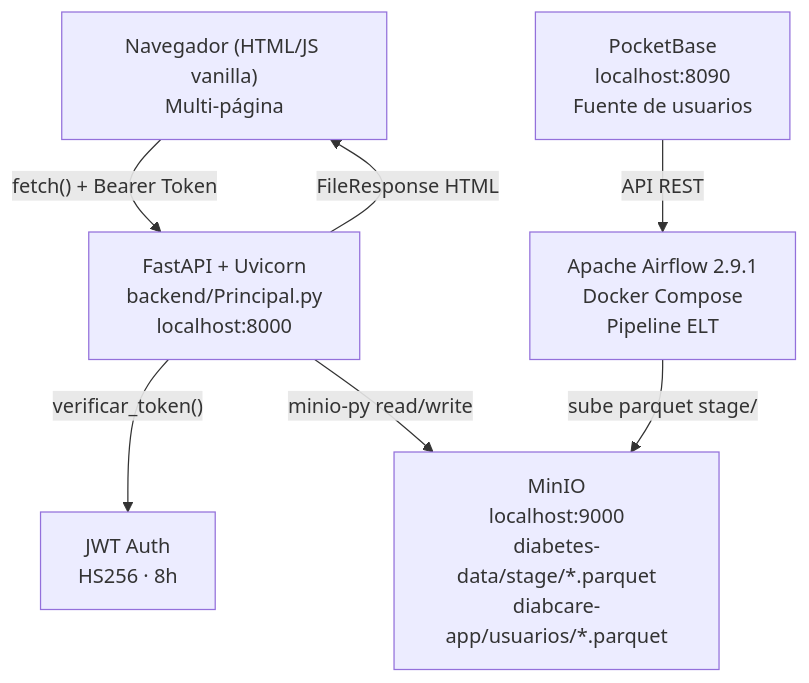
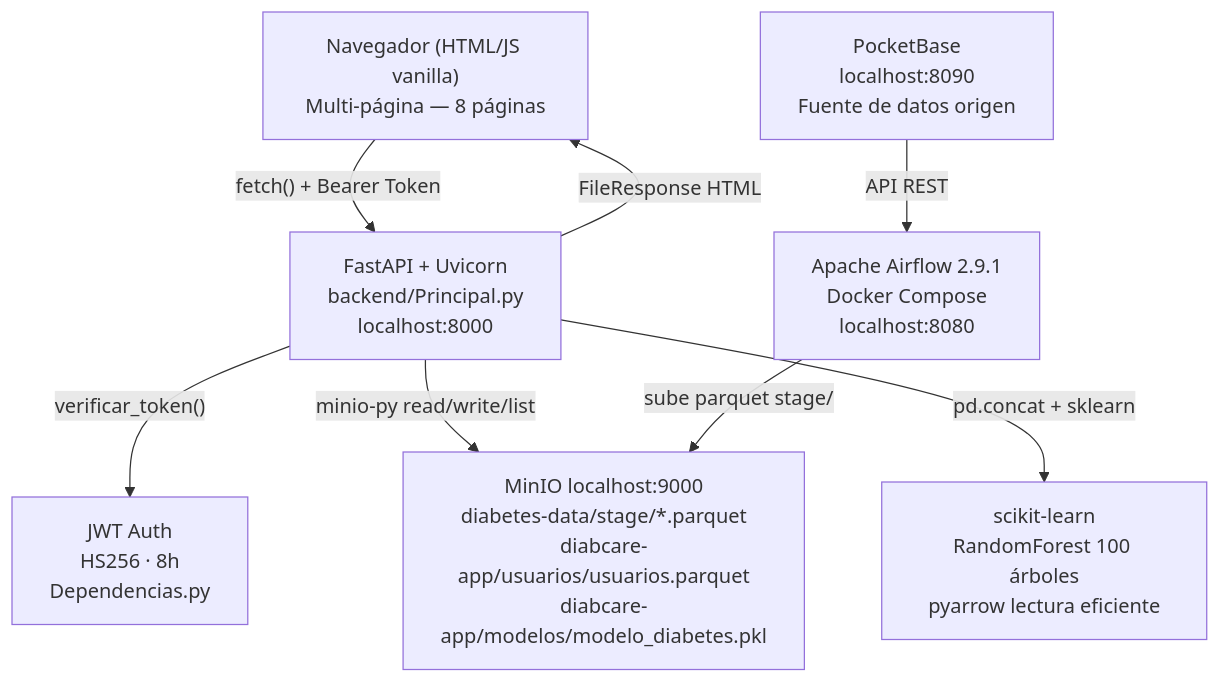
Before and after one commit to Danxxx777/diabcare: the diagram in .kiro/specs/diabcare-analytics/design.md, drawn with Mermaid. The commit also changed other lines of this file and 2 other files, not shown here.

Commit message:
docs: actualizar specs kiro con prediccion ML, pipeline ETL y roles sidebar

````diff
--- a/.kiro/specs/diabcare-analytics/design.md
+++ b/.kiro/specs/diabcare-analytics/design.md
@@ -16,16 +16,18 @@
 ```mermaid
 graph TD
-    Browser["Navegador (HTML/JS vanilla)\nMulti-página"]
+    Browser["Navegador (HTML/JS vanilla)\nMulti-página — 8 páginas"]
     FastAPI["FastAPI + Uvicorn\nbackend/Principal.py\nlocalhost:8000"]
-    JWT["JWT Auth\nHS256 · 8h"]
-    MinIO["MinIO\nlocalhost:9000\ndiabetes-data/stage/*.parquet\ndiabcare-app/usuarios/*.parquet"]
-    PocketBase["PocketBase\nlocalhost:8090\nFuente de usuarios"]
-    Airflow["Apache Airflow 2.9.1\nDocker Compose\nPipeline ELT"]
+    JWT["JWT Auth\nHS256 · 8h\nDependencias.py"]
+    MinIO["MinIO localhost:9000\ndiabetes-data/stage/*.parquet\ndiabcare-app/usuarios/usuarios.parquet\ndiabcare-app/modelos/modelo_diabetes.pkl"]
+    PocketBase["PocketBase\nlocalhost:8090\nFuente de datos origen"]
+    Airflow["Apache Airflow 2.9.1\nDocker Compose\nlocalhost:8080"]
+    ML["scikit-learn\nRandomForest 100 árboles\npyarrow lectura eficiente"]
 
     Browser -- "fetch() + Bearer Token" --> FastAPI
     FastAPI -- "FileResponse HTML" --> Browser
     FastAPI -- "verificar_token()" --> JWT
-    FastAPI -- "minio-py read/write" --> MinIO
+    FastAPI -- "minio-py read/write/list" --> MinIO
+    FastAPI -- "pd.concat + sklearn" --> ML
     PocketBase -- "API REST" --> Airflow
     Airflow -- "sube parquet stage/" --> MinIO
 ```
````
